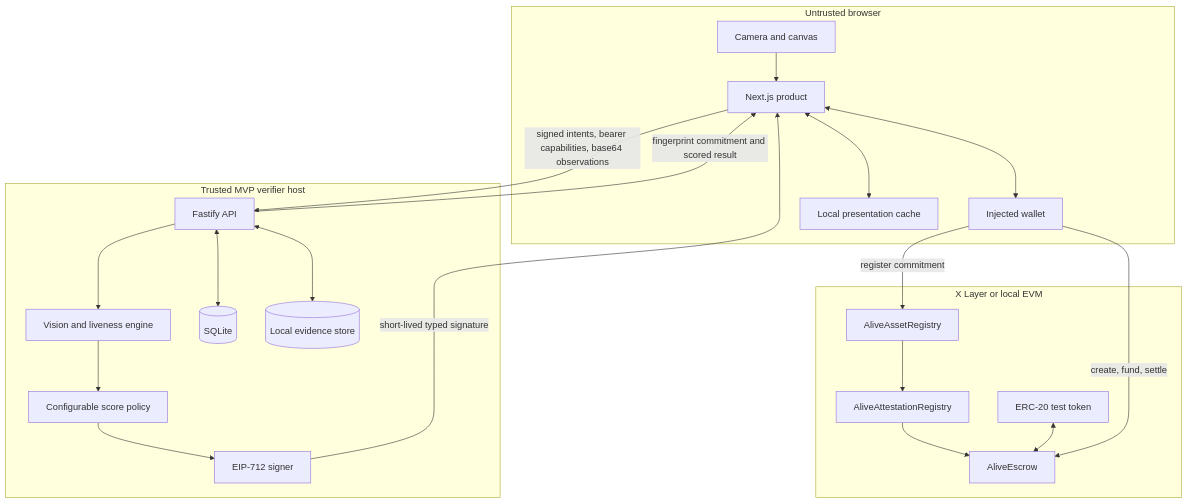
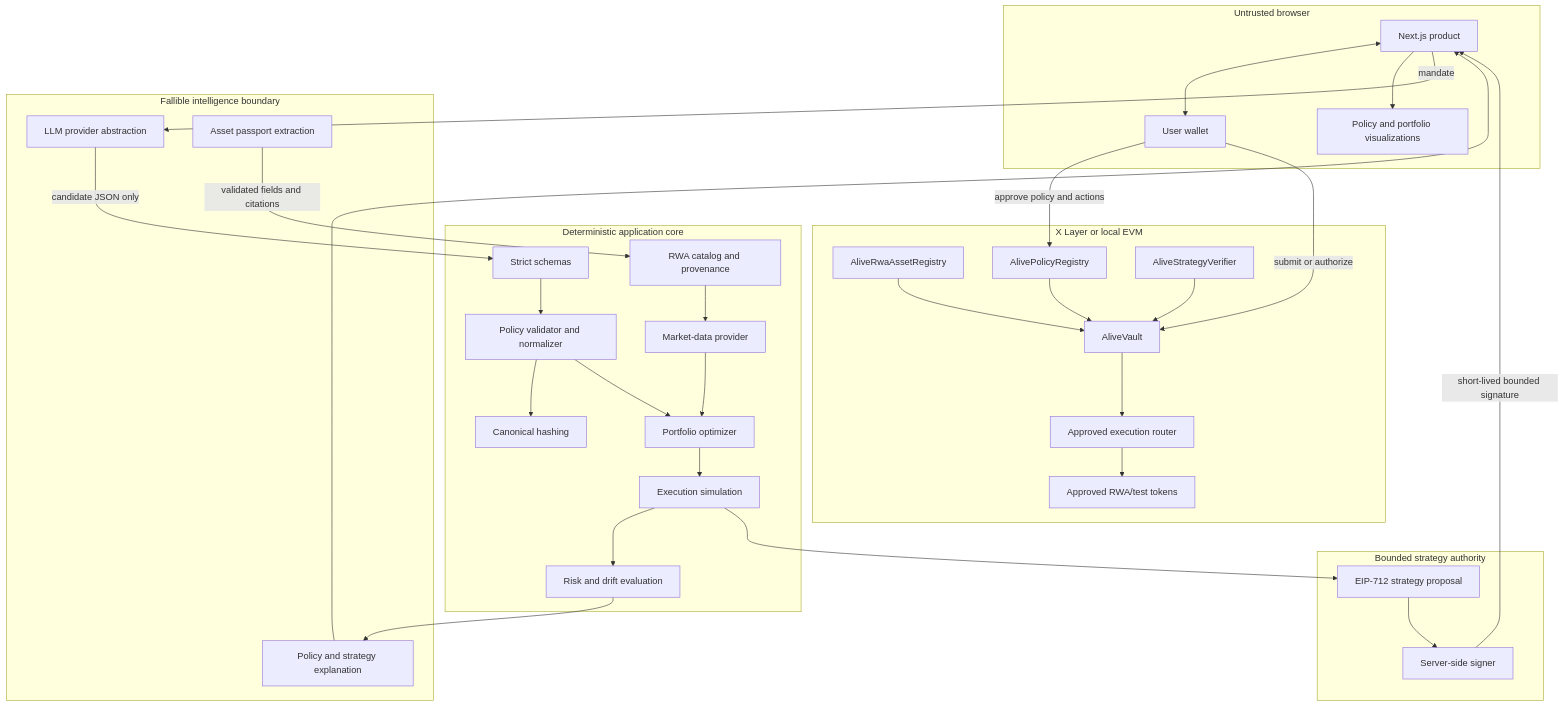
One commit to Nnadijoshuac/Alive changed the first of 3 diagrams in docs/ARCHITECTURE.md. Above: the diagram before and after it, drawn with Mermaid. The commit also changed other lines of this file and 132 other files, not shown here.

First line of the commit message:
chore: checkpoint RWA policy vault before verification gateway pivot

````diff
--- a/docs/ARCHITECTURE.md
+++ b/docs/ARCHITECTURE.md
@@ -17,40 +49,59 @@
 ```mermaid
 flowchart TB
     subgraph Browser[Untrusted browser]
-      CAM[Camera and canvas]
       WEB[Next.js product]
-      WALLET[Injected wallet]
-      CACHE[Local presentation cache]
-      CAM --> WEB
+      WALLET[User wallet]
+      VIEW[Policy and portfolio visualizations]
       WEB <--> WALLET
-      WEB <--> CACHE
+      WEB --> VIEW
     end
 
-    subgraph Verifier[Trusted MVP verifier host]
-      API[Fastify API]
-      VISION[Vision and liveness engine]
-      SCORE[Configurable score policy]
-      SIGNER[EIP-712 signer]
-      DB[(SQLite)]
-      FILES[(Local evidence store)]
-      API --> VISION --> SCORE --> SIGNER
-      API <--> DB
-      API <--> FILES
+    subgraph Intelligence[Fallible intelligence boundary]
+      LLM[LLM provider abstraction]
+      EXTRACT[Asset passport extraction]
+      EXPLAIN[Policy and strategy explanation]
     end
 
-    subgraph XLayer[X Layer or local EVM]
-      ASSET[AliveAssetRegistry]
-      ATTEST[AliveAttestationRegistry]
-      ESCROW[AliveEscrow]
-      TOKEN[ERC-20 test token]
-      ASSET --> ATTEST
-      ATTEST --> ESCROW
-      TOKEN <--> ESCROW
+    subgraph Deterministic[Deterministic application core]
+      SCHEMA[Strict schemas]
+      POLICY[Policy validator and normalizer]
+      HASH[Canonical hashing]
+      CATALOG[RWA catalog and provenance]
+      MARKET[Market-data provider]
+      OPT[Portfolio optimizer]
+      SIM[Execution simulation]
+      RISK[Risk and drift evaluation]
     end
 
-    WEB -->|signed intents, bearer capabilities, base64 observations| API
-    API -->|fingerprint commitment and scored result| WEB
-    SIGNER -->|short-lived typed signature| WEB
-    WALLET -->|register commitment| ASSET
-    WALLET -->|create, fund, settle| ESCROW
+    subgraph Signer[Bounded strategy authority]
+      STRATEGY[EIP-712 strategy proposal]
+      KEY[Server-side signer]
+    end
+
+    subgraph Chain[X Layer or local EVM]
+      ASSET[AliveRwaAssetRegistry]
+      REGISTRY[AlivePolicyRegistry]
+      VERIFY[AliveStrategyVerifier]
+      VAULT[AliveVault]
+      ROUTER[Approved execution router]
+      TOKENS[Approved RWA/test tokens]
+    end
+
+    WEB -->|mandate| LLM
+    LLM -->|candidate JSON only| SCHEMA
+    SCHEMA --> POLICY --> HASH
+    EXTRACT -->|validated fields and citations| CATALOG
+    CATALOG --> MARKET
+    POLICY --> OPT
+    MARKET --> OPT
+    OPT --> SIM --> RISK
+    RISK --> EXPLAIN --> WEB
+    WALLET -->|approve policy and actions| REGISTRY
+    SIM --> STRATEGY --> KEY
+    KEY -->|short-lived bounded signature| WEB
+    WALLET -->|submit or authorize| VAULT
+    ASSET --> VAULT
+    REGISTRY --> VAULT
+    VERIFY --> VAULT
+    VAULT --> ROUTER --> TOKENS
 ```
````
